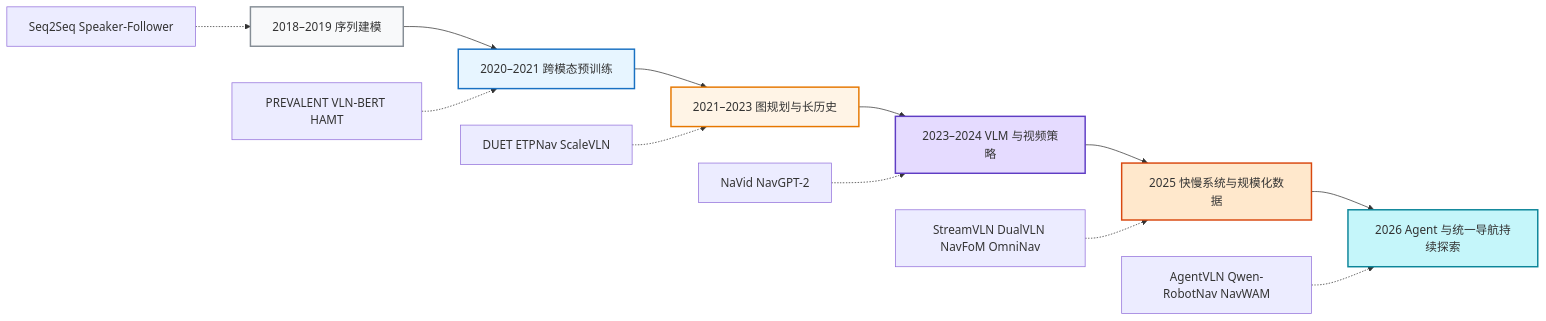
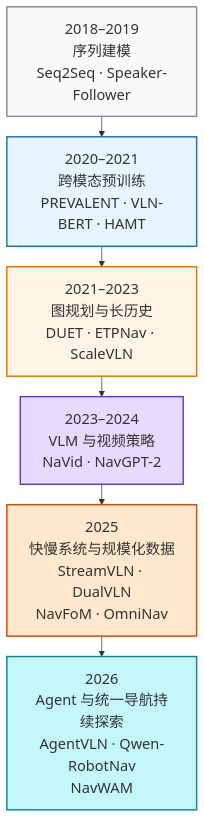
The third of 13 diagrams in _posts/research/2026-01-04-VLN-Survey.md (TingdeLiu/tingdeliu.github.io), drawn with Mermaid before and after one commit. The commit also changed other lines of this file, not shown here.

Commit message:
Improve readability of VLN evolution diagram

````diff
--- a/_posts/research/2026-01-04-VLN-Survey.md
+++ b/_posts/research/2026-01-04-VLN-Survey.md
@@ -177,22 +177,19 @@
 ```mermaid
-flowchart LR
-    A["2018–2019 序列建模"] --> B["2020–2021 跨模态预训练"]
-    B --> C["2021–2023 图规划与长历史"]
-    C --> D["2023–2024 VLM 与视频策略"]
-    D --> E["2025 快慢系统与规模化数据"]
-    E --> F["2026 Agent 与统一导航持续探索"]
+%%{init: {"themeVariables": {"fontSize": "20px"}, "flowchart": {"nodeSpacing": 24, "rankSpacing": 28}}}%%
+flowchart TB
+    A["2018–2019<br/>序列建模<br/>Seq2Seq · Speaker-Follower"]
+    B["2020–2021<br/>跨模态预训练<br/>PREVALENT · VLN-BERT · HAMT"]
+    C["2021–2023<br/>图规划与长历史<br/>DUET · ETPNav · ScaleVLN"]
+    D["2023–2024<br/>VLM 与视频策略<br/>NaVid · NavGPT-2"]
+    E["2025<br/>快慢系统与规模化数据<br/>StreamVLN · DualVLN<br/>NavFoM · OmniNav"]
+    F["2026<br/>Agent 与统一导航持续探索<br/>AgentVLN · Qwen-RobotNav<br/>NavWAM"]
 
-    A1["Seq2Seq Speaker-Follower"] -.-> A
-    B1["PREVALENT VLN-BERT HAMT"] -.-> B
-    C1["DUET ETPNav ScaleVLN"] -.-> C
-    D1["NaVid NavGPT-2"] -.-> D
-    E1["StreamVLN DualVLN NavFoM OmniNav"] -.-> E
-    F1["AgentVLN Qwen-RobotNav NavWAM"] -.-> F
+    A --> B --> C --> D --> E --> F
 
     style A fill:#f8f9fa,stroke:#868e96,stroke-width:2px
     style B fill:#e7f5ff,stroke:#1971c2,stroke-width:2px
     style C fill:#fff4e6,stroke:#e67700,stroke-width:2px
     style D fill:#e5dbff,stroke:#5f3dc4,stroke-width:2px
     style E fill:#ffe8cc,stroke:#d9480f,stroke-width:2px
     style F fill:#c5f6fa,stroke:#0c8599,stroke-width:2px
 ```
````
